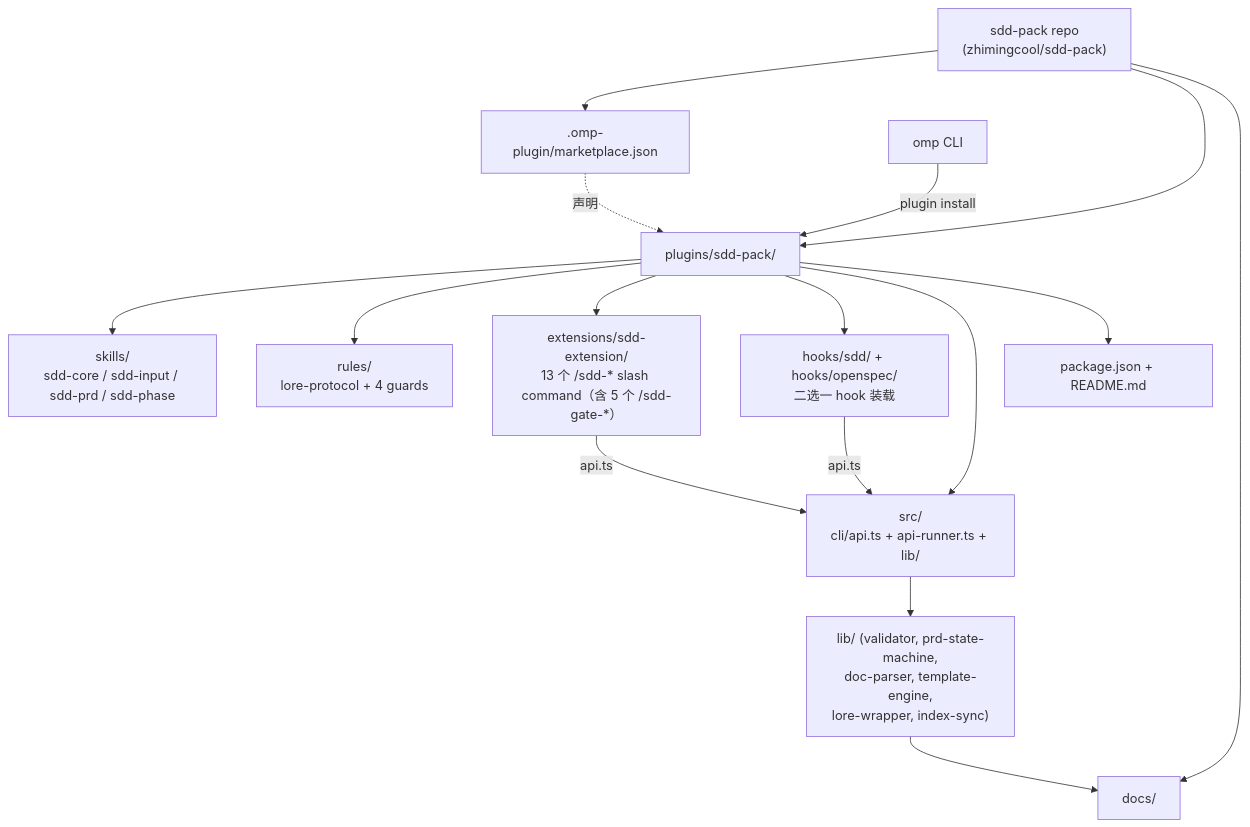
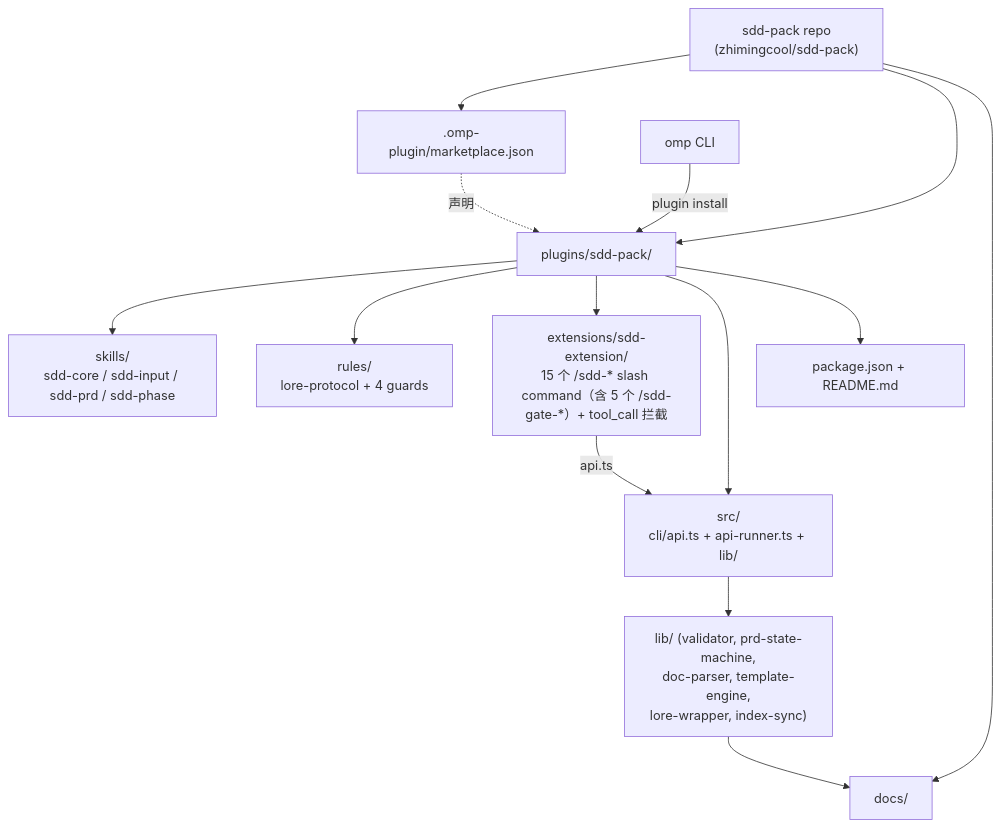
Before and after one commit to Norman-pong/sdd-pack: the first of 2 diagrams in docs/architecture/overview.md, drawn with Mermaid. The commit also changed other lines of this file and 35 other files, not shown here.

````diff
--- a/docs/architecture/overview.md
+++ b/docs/architecture/overview.md
@@ -28,21 +28,19 @@
 ```mermaid
 graph TB
     Repo["sdd-pack repo<br/>(zhimingcool/sdd-pack)"] --> Catalog[".omp-plugin/marketplace.json"]
     Repo --> Plugin["plugins/sdd-pack/"]
     Repo --> Docs["docs/"]
 
     Plugin --> Skills["skills/<br/>sdd-core / sdd-input / sdd-prd / sdd-phase"]
     Plugin --> Rules["rules/<br/>lore-protocol + 4 guards"]
-    Plugin --> Ext["extensions/sdd-extension/<br/>13 个 /sdd-* slash command（含 5 个 /sdd-gate-*）"]
-    Plugin --> Hooks["hooks/sdd/ + hooks/openspec/<br/>二选一 hook 装载"]
+    Plugin --> Ext["extensions/sdd-extension/<br/>15 个 /sdd-* slash command（含 5 个 /sdd-gate-*）+ tool_call 拦截"]
     Plugin --> Src["src/<br/>cli/api.ts + api-runner.ts + lib/"]
     Plugin --> Manifest["package.json + README.md"]
 
     Catalog -.声明.-> Plugin
     OMP["omp CLI"] -->|plugin install| Plugin
 
     Ext -->|api.ts| Src
-    Hooks -->|api.ts| Src
     Src --> Lib["lib/ (validator, prd-state-machine,<br/>doc-parser, template-engine,<br/>lore-wrapper, index-sync)"]
     Lib --> Docs
 ```
````
